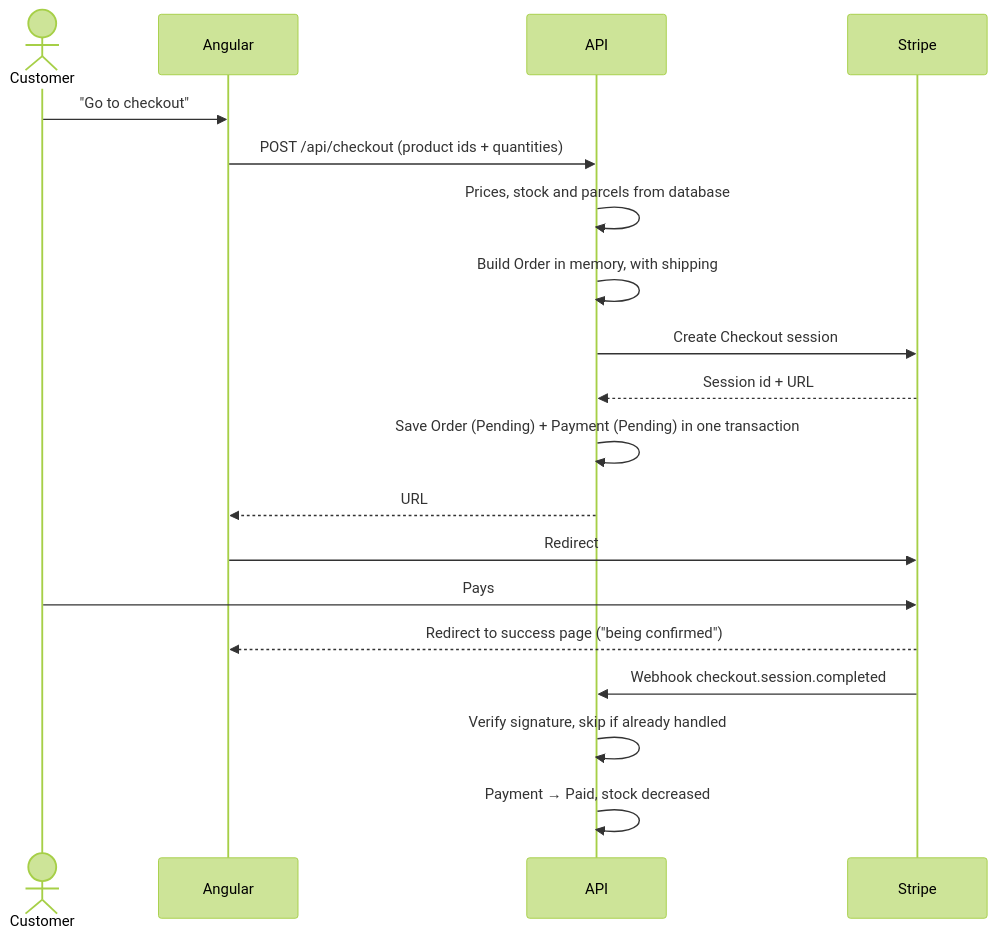
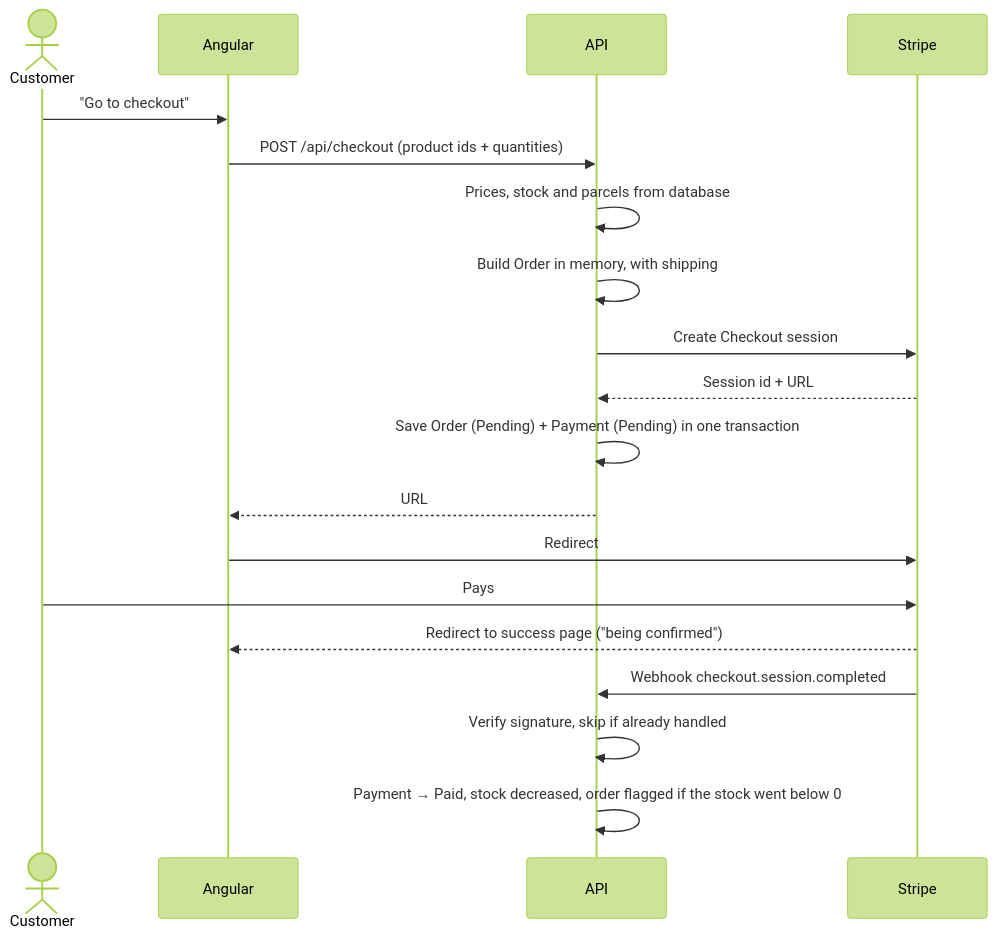
The second of 3 diagrams in docs/architecture.md (HannaJ95/grej), drawn with Mermaid (forest theme) before and after one commit. The commit also changed other lines of this file and 5 other files, not shown here.

````diff
--- a/docs/architecture.md
+++ b/docs/architecture.md
@@ -101,22 +101,22 @@
 ```mermaid
 sequenceDiagram
     actor C as Customer
     participant F as Angular
     participant A as API
     participant S as Stripe
 
     C->>F: "Go to checkout"
     F->>A: POST /api/checkout (product ids + quantities)
     A->>A: Prices, stock and parcels from database
     A->>A: Build Order in memory, with shipping
     A->>S: Create Checkout session
     S-->>A: Session id + URL
     A->>A: Save Order (Pending) + Payment (Pending) in one transaction
     A-->>F: URL
     F->>S: Redirect
     C->>S: Pays
     S-->>F: Redirect to success page ("being confirmed")
     S->>A: Webhook checkout.session.completed
     A->>A: Verify signature, skip if already handled
-    A->>A: Payment → Paid, stock decreased
+    A->>A: Payment → Paid, stock decreased, order flagged if the stock went below 0
 ```
````
